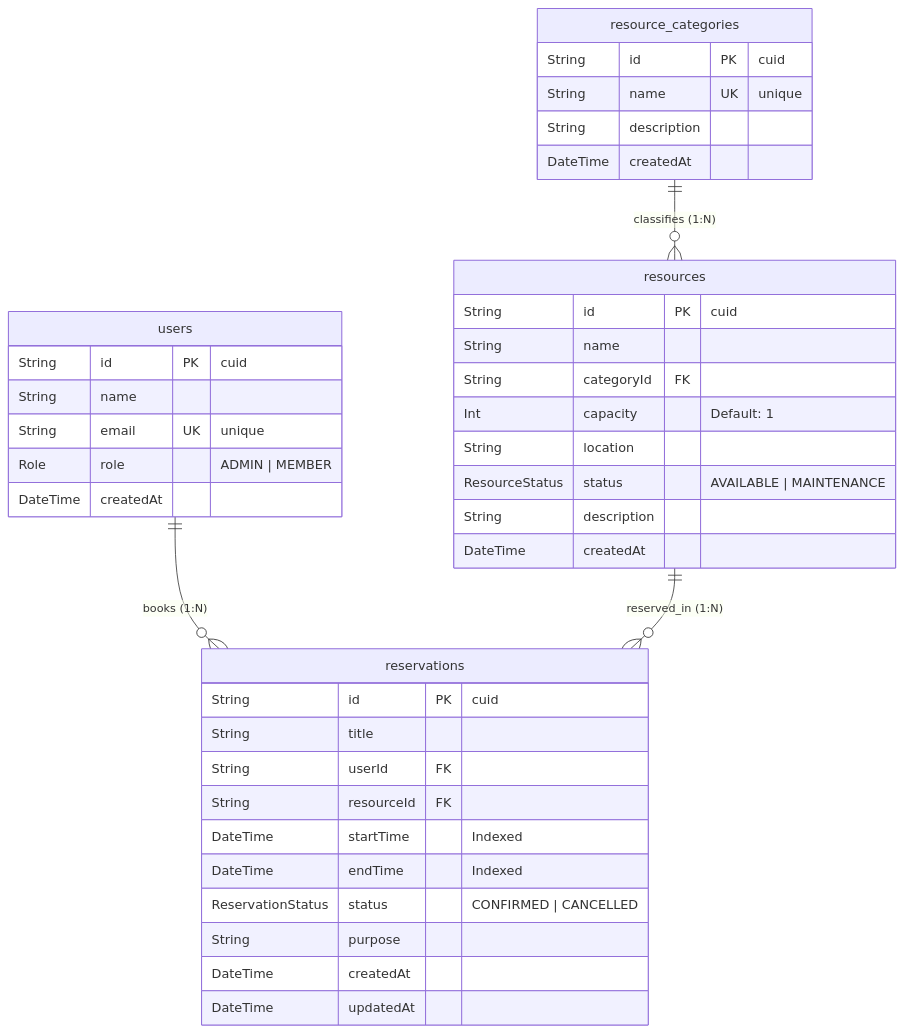
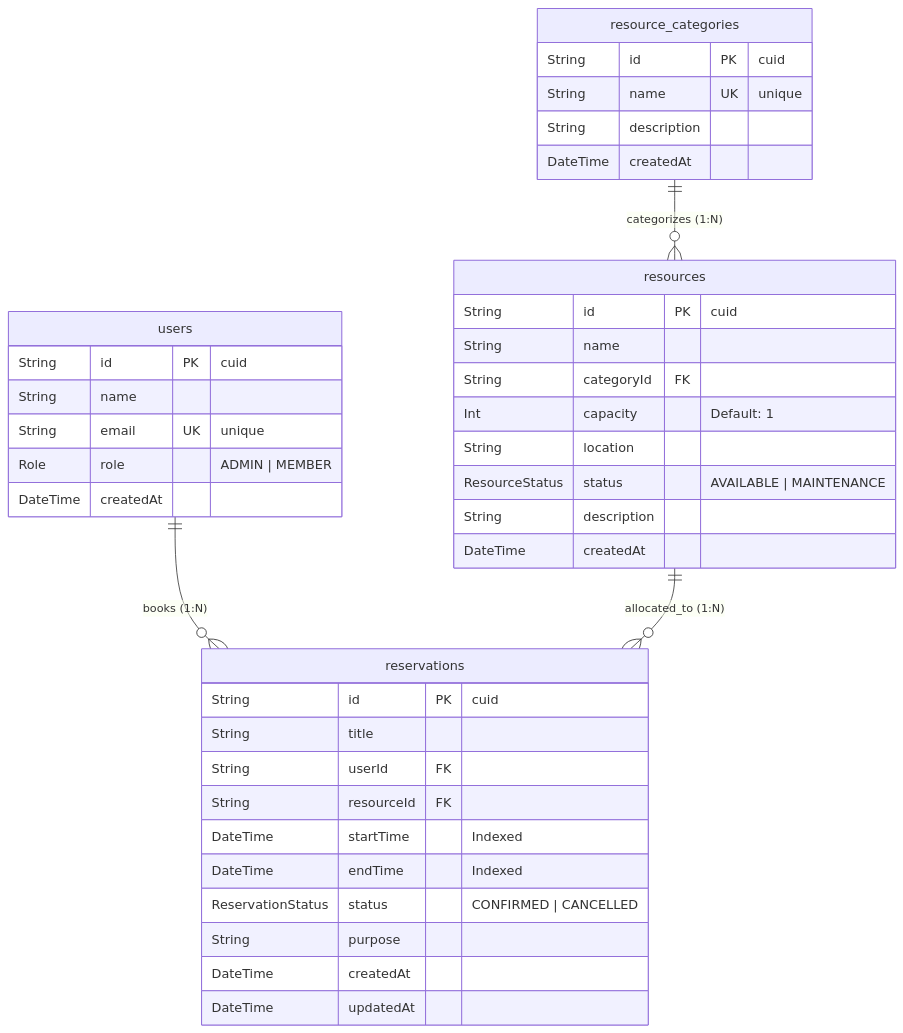
The diagram in README.md (Abinesh-j18/resource-reservation-system), drawn with Mermaid before and after one commit. The commit also changed other lines of this file, not shown here.

Commit message:
docs: streamline system documentation and architecture specification

````diff
--- a/README.md
+++ b/README.md
@@ -46,45 +49,45 @@
 ```mermaid
 erDiagram
     users {
         String id PK "cuid"
         String name
         String email UK "unique"
         Role role "ADMIN | MEMBER"
         DateTime createdAt
     }
 
     resource_categories {
         String id PK "cuid"
         String name UK "unique"
         String description
         DateTime createdAt
     }
 
     resources {
         String id PK "cuid"
         String name
         String categoryId FK
         Int capacity "Default: 1"
         String location
         ResourceStatus status "AVAILABLE | MAINTENANCE"
         String description
         DateTime createdAt
     }
 
     reservations {
         String id PK "cuid"
         String title
         String userId FK
         String resourceId FK
         DateTime startTime "Indexed"
         DateTime endTime "Indexed"
         ReservationStatus status "CONFIRMED | CANCELLED"
         String purpose
         DateTime createdAt
         DateTime updatedAt
     }
 
-    resource_categories ||--o{ resources : "classifies (1:N)"
+    resource_categories ||--o{ resources : "categorizes (1:N)"
     users ||--o{ reservations : "books (1:N)"
-    resources ||--o{ reservations : "reserved_in (1:N)"
+    resources ||--o{ reservations : "allocated_to (1:N)"
 ```
````
